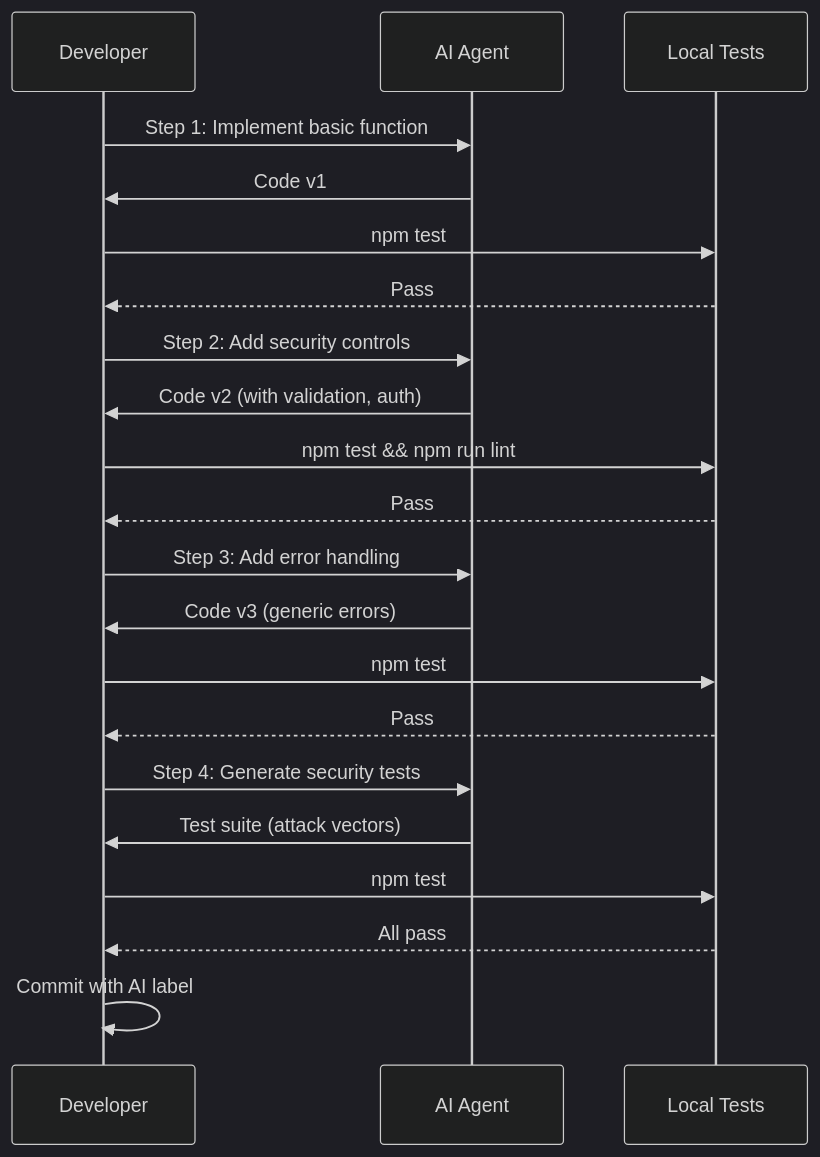
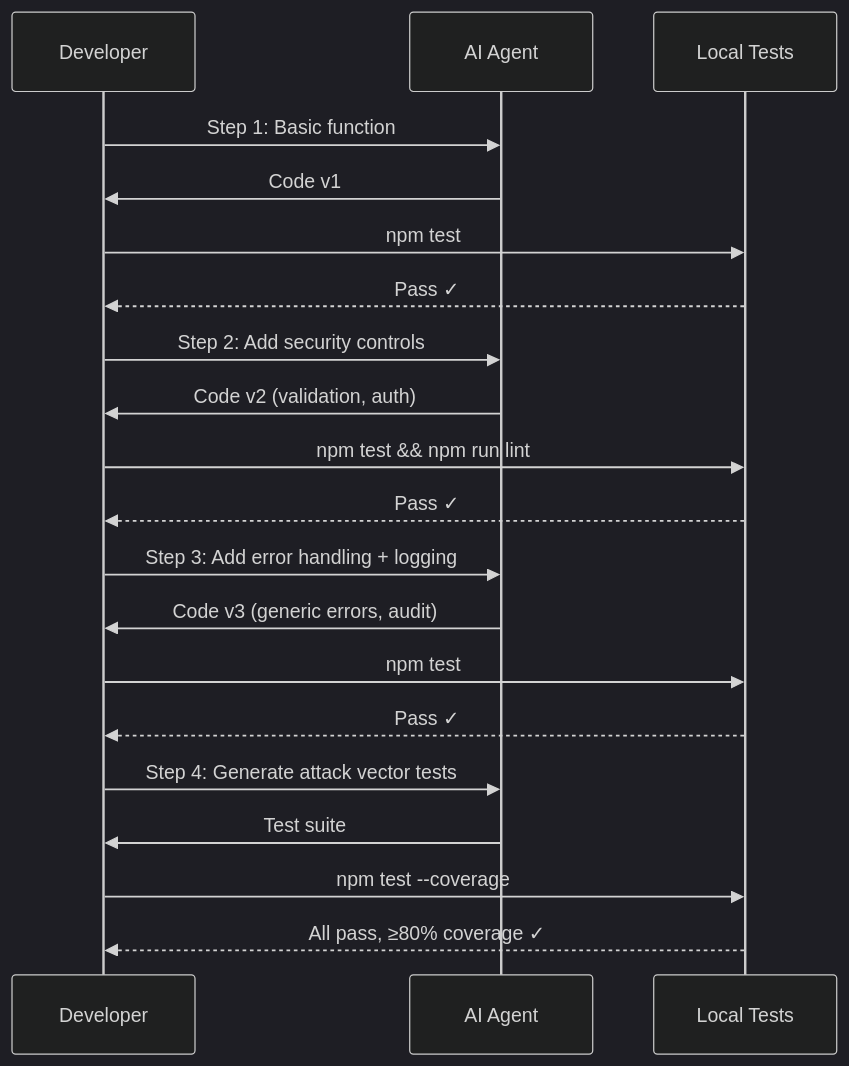
One commit to AliceNN-ucdenver/MaintainabilityAI changed the second of 2 diagrams in site-tw/public/docs/sdlc/phase2-implementation.md. Above: the diagram before and after it, drawn with Mermaid (dark theme). The commit also changed other lines of this file and 99 other files, not shown here.

````diff
--- a/site-tw/public/docs/sdlc/phase2-implementation.md
+++ b/site-tw/public/docs/sdlc/phase2-implementation.md
@@ -333,28 +150,26 @@
 ```mermaid
 sequenceDiagram
     participant Dev as Developer
     participant Agent as AI Agent
     participant Tests as Local Tests
 
-    Dev->>Agent: Step 1: Implement basic function
+    Dev->>Agent: Step 1: Basic function
     Agent->>Dev: Code v1
     Dev->>Tests: npm test
-    Tests-->>Dev: Pass
+    Tests-->>Dev: Pass ✓
 
     Dev->>Agent: Step 2: Add security controls
-    Agent->>Dev: Code v2 (with validation, auth)
+    Agent->>Dev: Code v2 (validation, auth)
     Dev->>Tests: npm test && npm run lint
-    Tests-->>Dev: Pass
+    Tests-->>Dev: Pass ✓
 
-    Dev->>Agent: Step 3: Add error handling
-    Agent->>Dev: Code v3 (generic errors)
+    Dev->>Agent: Step 3: Add error handling + logging
+    Agent->>Dev: Code v3 (generic errors, audit)
     Dev->>Tests: npm test
-    Tests-->>Dev: Pass
+    Tests-->>Dev: Pass ✓
 
-    Dev->>Agent: Step 4: Generate security tests
-    Agent->>Dev: Test suite (attack vectors)
-    Dev->>Tests: npm test
-    Tests-->>Dev: All pass
-
-    Dev->>Dev: Commit with AI label
+    Dev->>Agent: Step 4: Generate attack vector tests
+    Agent->>Dev: Test suite
+    Dev->>Tests: npm test --coverage
+    Tests-->>Dev: All pass, ≥80% coverage ✓
 ```
````
